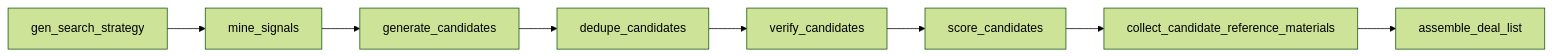
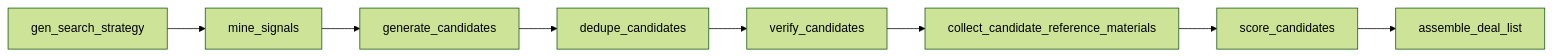
Before and after one commit to taoshi1999/AtomCAP: the fifth of 9 diagrams in README.md, drawn with Mermaid (forest theme). The commit also changed other lines of this file and 23 other files, not shown here.

````diff
--- a/README.md
+++ b/README.md
@@ -285,10 +287,10 @@
 ```mermaid
 flowchart LR
   A["gen_search_strategy"] --> B["mine_signals"]
   B --> C["generate_candidates"]
   C --> D["dedupe_candidates"]
   D --> E["verify_candidates"]
-  E --> F["score_candidates"]
-  F --> G["collect_candidate_reference_materials"]
+  E --> F["collect_candidate_reference_materials"]
+  F --> G["score_candidates"]
   G --> H["assemble_deal_list"]
 ```
````
